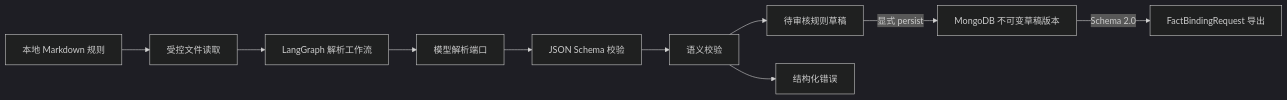
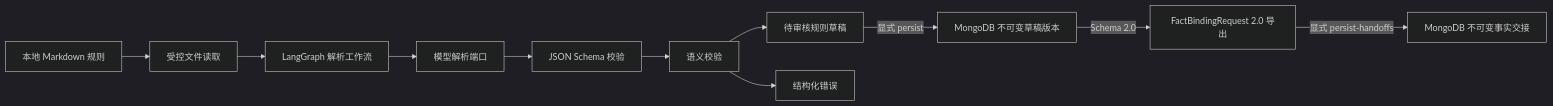
Before and after one commit to colglaze/RuleAgent: the second of 2 diagrams in docs/技术设计文档.md, drawn with Mermaid (dark theme). The commit also changed other lines of this file and 79 other files, not shown here.

````diff
--- a/docs/技术设计文档.md
+++ b/docs/技术设计文档.md
@@ -37,12 +41,13 @@
 ```mermaid
 flowchart LR
     A["本地 Markdown 规则"] --> B["受控文件读取"]
     B --> C["LangGraph 解析工作流"]
     C --> D["模型解析端口"]
     D --> E["JSON Schema 校验"]
     E --> F["语义校验"]
     F --> G["待审核规则草稿"]
     G -->|"显式 persist"| I["MongoDB 不可变草稿版本"]
-    I -->|"Schema 2.0"| J["FactBindingRequest 导出"]
+    I -->|"Schema 2.0"| J["FactBindingRequest 2.0 导出"]
+    J -->|"显式 persist-handoffs"| K["MongoDB 不可变事实交接"]
     F --> H["结构化错误"]
 ```
````
